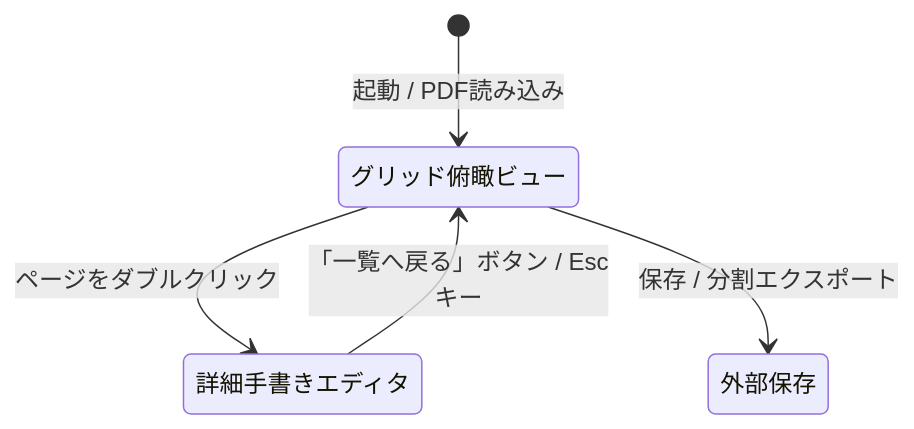
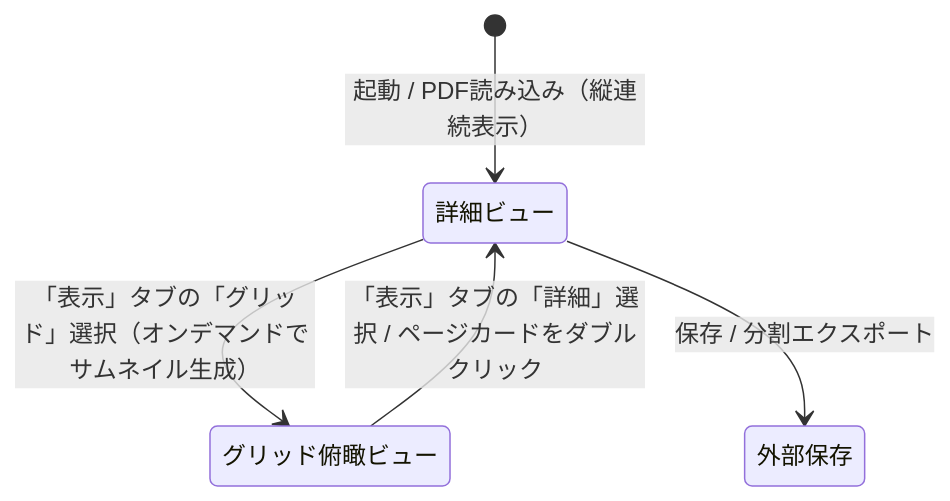
Before and after one commit to shota4327/PDFBinder: the diagram in docs/basic_design.md, drawn with Mermaid. The commit also changed other lines of this file and 13 other files, not shown here.

````diff
--- a/docs/basic_design.md
+++ b/docs/basic_design.md
@@ -120,7 +120,7 @@
 ```mermaid
 stateDiagram-v2
-    [*] --> グリッド俯瞰ビュー: 起動 / PDF読み込み
-    グリッド俯瞰ビュー --> 詳細手書きエディタ: ページをダブルクリック
-    詳細手書きエディタ --> グリッド俯瞰ビュー: 「一覧へ戻る」ボタン / Escキー
-    グリッド俯瞰ビュー --> 外部保存: 保存 / 分割エクスポート
+    [*] --> 詳細ビュー: 起動 / PDF読み込み（縦連続表示）
+    詳細ビュー --> グリッド俯瞰ビュー: 「表示」タブの「グリッド」選択（オンデマンドでサムネイル生成）
+    グリッド俯瞰ビュー --> 詳細ビュー: 「表示」タブの「詳細」選択 / ページカードをダブルクリック
+    詳細ビュー --> 外部保存: 保存 / 分割エクスポート
 ```
````
